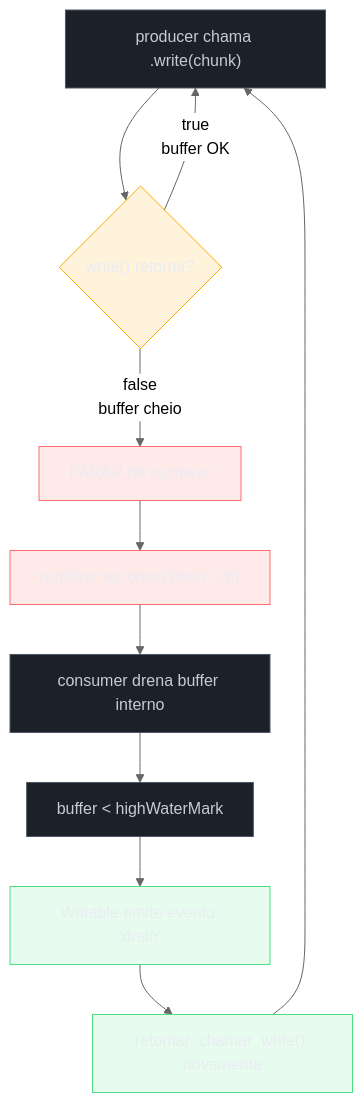
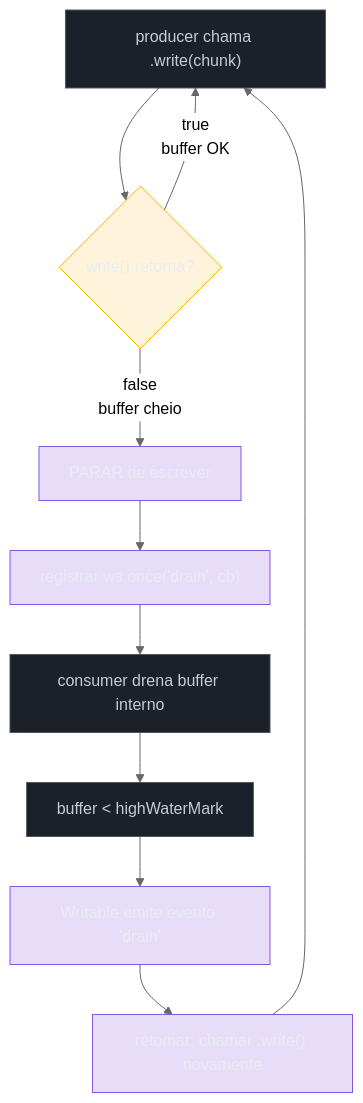
Before and after one commit to josenaldo/codex-technomanticus: the diagram in 03-Dominios/Tecnologia/Node/Streams/06 - Backpressure.md, drawn with Mermaid (neutral theme). The commit also changed 601 other files, not shown here.

````diff
--- a/03-Dominios/Tecnologia/Node/Streams/06 - Backpressure.md
+++ b/03-Dominios/Tecnologia/Node/Streams/06 - Backpressure.md
@@ -52,25 +52,24 @@
 ```mermaid
 flowchart TD
+    classDef marca fill:#8855DF33,stroke:#8855DF,color:#E9ECF2
     classDef neutro fill:#1B2029,stroke:#4E5666,color:#C6CCD8
     classDef destaque fill:#FFAA0024,stroke:#FFAA00,color:#E9ECF2
-    classDef falha fill:#FF6B6B24,stroke:#FF6B6B,color:#E9ECF2
-    classDef ok fill:#4ADE8021,stroke:#4ADE80,color:#E9ECF2
     A["producer chama .write(chunk)"] --> B{"write() retorna?"}
     B -->|"true\nbuffer OK"| A
     B -->|"false\nbuffer cheio"| C["PARAR de escrever"]
     C --> D["registrar ws.once('drain', cb)"]
     D --> E["consumer drena buffer interno"]
     E --> F["buffer < highWaterMark"]
     F --> G["Writable emite evento 'drain'"]
     G --> H["retomar: chamar .write() novamente"]
     H --> A
 
     class A neutro
     class B destaque
-    class C falha
-    class D falha
+    class C marca
+    class D marca
     class E neutro
     class F neutro
-    class G ok
-    class H ok
+    class G marca
+    class H marca
 ```
````
